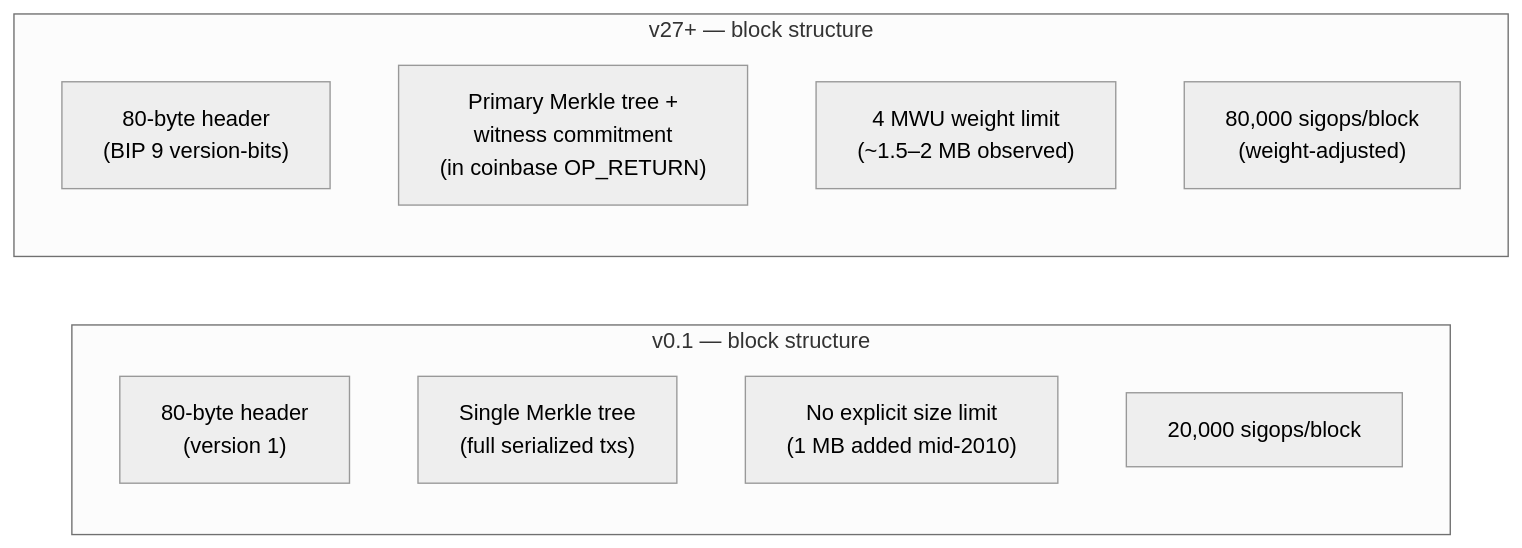
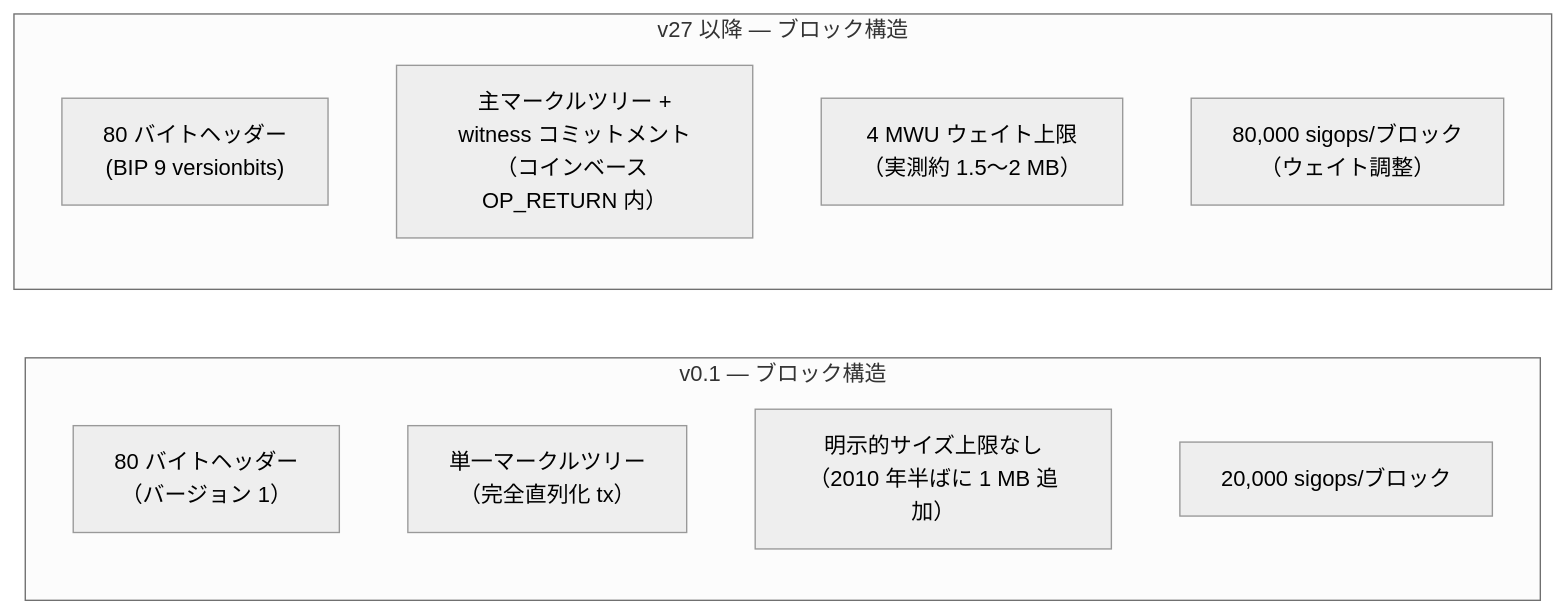
Before and after one commit to cypher256/BitcoinArchive: the fourth of 10 diagrams in src/data/translations/ja/design/2009-01-03-bitcoin-architecture-evolution.md, drawn with Mermaid (neutral theme). The commit also changed other lines of this file and 11 other files, not shown here.

````diff
--- a/src/data/translations/ja/design/2009-01-03-bitcoin-architecture-evolution.md
+++ b/src/data/translations/ja/design/2009-01-03-bitcoin-architecture-evolution.md
@@ -149,18 +149,18 @@
 ```mermaid
 flowchart LR
-    subgraph V01_BLK["v0.1 — block structure"]
+    subgraph V01_BLK["v0.1 — ブロック構造"]
         direction TB
-        HDR_0["80-byte header<br/>(version 1)"]
-        MERK_0["Single Merkle tree<br/>(full serialized txs)"]
-        SIZE_0["No explicit size limit<br/>(1 MB added mid-2010)"]
-        SIGOP_0["20,000 sigops/block"]
+        HDR_0["80 バイトヘッダー<br/>（バージョン 1）"]
+        MERK_0["単一マークルツリー<br/>（完全直列化 tx）"]
+        SIZE_0["明示的サイズ上限なし<br/>（2010 年半ばに 1 MB 追加）"]
+        SIGOP_0["20,000 sigops/ブロック"]
     end
 
-    subgraph V27_BLK["v27+ — block structure"]
+    subgraph V27_BLK["v27 以降 — ブロック構造"]
         direction TB
-        HDR_N["80-byte header<br/>(BIP 9 version-bits)"]
-        MERK_N["Primary Merkle tree +<br/>witness commitment<br/>(in coinbase OP_RETURN)"]
-        WEIGHT["4 MWU weight limit<br/>(~1.5–2 MB observed)"]
-        SIGOP_N["80,000 sigops/block<br/>(weight-adjusted)"]
+        HDR_N["80 バイトヘッダー<br/>(BIP 9 versionbits)"]
+        MERK_N["主マークルツリー +<br/>witness コミットメント<br/>（コインベース OP_RETURN 内）"]
+        WEIGHT["4 MWU ウェイト上限<br/>（実測約 1.5〜2 MB）"]
+        SIGOP_N["80,000 sigops/ブロック<br/>（ウェイト調整）"]
     end
 ```
````
